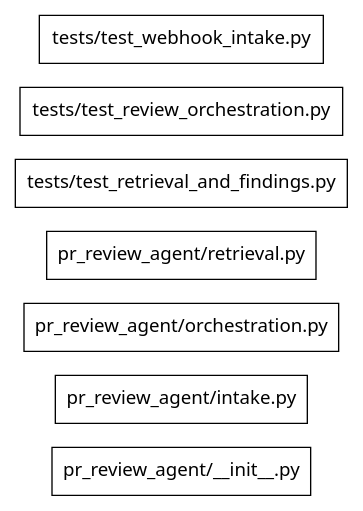
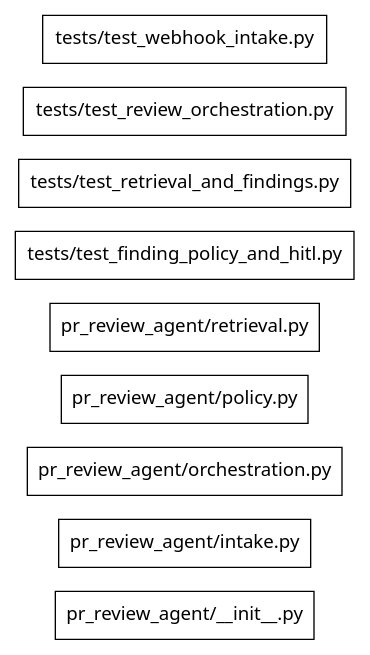
The diagram in .genesis/index/graph.dot (Ayush-Kant/PR-Review-Agent), drawn with Graphviz before and after one commit. The commit also changed 11 other files, not shown here.

Commit message:
feat: implement finding policy and maintainer HITL

```diff
--- a/.genesis/index/graph.dot
+++ b/.genesis/index/graph.dot
@@ -1,12 +1,14 @@
 digraph genesis {
   rankdir=LR;
   node [shape=box,fontname="system-ui"];
   "file:pr_review_agent/__init__.py" [label="pr_review_agent/__init__.py",class="file"];
   "file:pr_review_agent/intake.py" [label="pr_review_agent/intake.py",class="file"];
   "file:pr_review_agent/orchestration.py" [label="pr_review_agent/orchestration.py",class="file"];
+  "file:pr_review_agent/policy.py" [label="pr_review_agent/policy.py",class="file"];
   "file:pr_review_agent/retrieval.py" [label="pr_review_agent/retrieval.py",class="file"];
+  "file:tests/test_finding_policy_and_hitl.py" [label="tests/test_finding_policy_and_hitl.py",class="file"];
   "file:tests/test_retrieval_and_findings.py" [label="tests/test_retrieval_and_findings.py",class="file"];
   "file:tests/test_review_orchestration.py" [label="tests/test_review_orchestration.py",class="file"];
   "file:tests/test_webhook_intake.py" [label="tests/test_webhook_intake.py",class="file"];
 
 }
```
